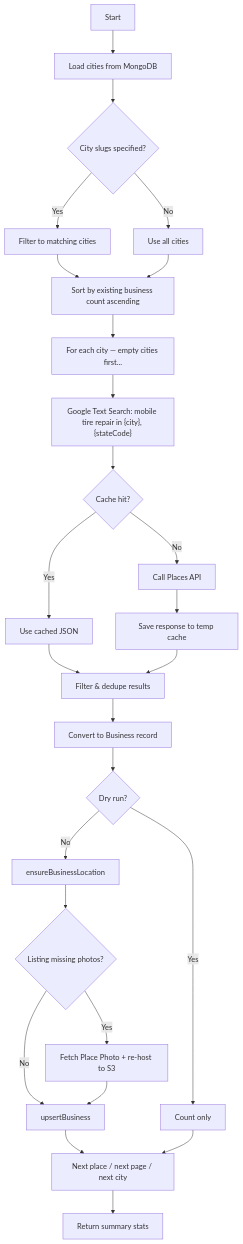
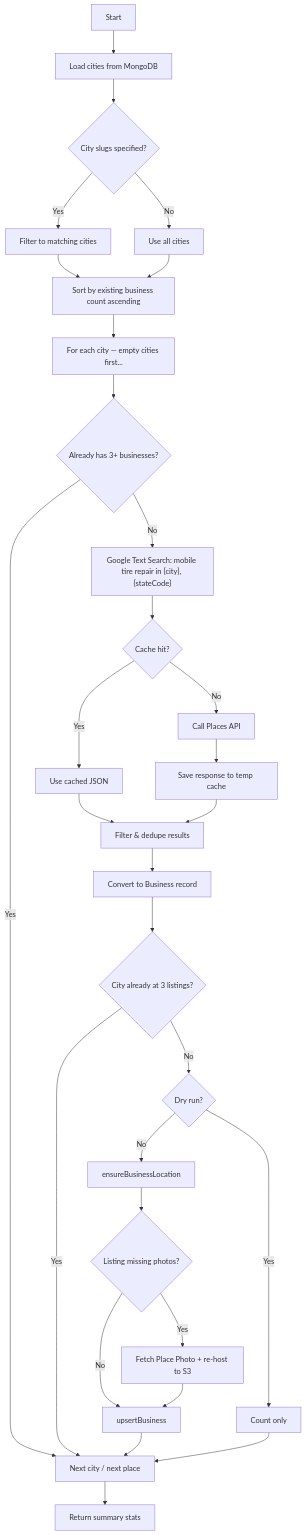
Before and after one commit to ematise/mobiltirerepair24: the diagram in docs/google-places-fetcher.md, drawn with Mermaid. The commit also changed other lines of this file and 60 other files, not shown here.

````diff
--- a/docs/google-places-fetcher.md
+++ b/docs/google-places-fetcher.md
@@ -155,28 +158,32 @@
 ```mermaid
 flowchart TD
     A[Start] --> B[Load cities from MongoDB]
     B --> C{City slugs specified?}
     C -->|Yes| D[Filter to matching cities]
     C -->|No| E[Use all cities]
     D --> S[Sort by existing business count ascending]
     E --> S
     S --> F[For each city — empty cities first...]
-    F --> G["Google Text Search: mobile tire repair in {city}, {stateCode}"]
+    F --> SKIP{Already has 3+ businesses?}
+    SKIP -->|Yes| Q[Next city / next place]
+    SKIP -->|No| G["Google Text Search: mobile tire repair in {city}, {stateCode}"]
     G --> H{Cache hit?}
     H -->|Yes| I[Use cached JSON]
     H -->|No| J[Call Places API]
     J --> K[Save response to temp cache]
     I --> L[Filter & dedupe results]
     K --> L
     L --> M[Convert to Business record]
-    M --> N{Dry run?}
+    M --> CAP{City already at 3 listings?}
+    CAP -->|Yes| Q
+    CAP -->|No| N{Dry run?}
     N -->|No| O[ensureBusinessLocation]
     O --> PH{Listing missing photos?}
     PH -->|Yes| PI[Fetch Place Photo + re-host to S3]
     PH -->|No| U[upsertBusiness]
     PI --> U
     N -->|Yes| P[Count only]
-    U --> Q[Next place / next page / next city]
+    U --> Q
     P --> Q
     Q --> R[Return summary stats]
 ```
````
